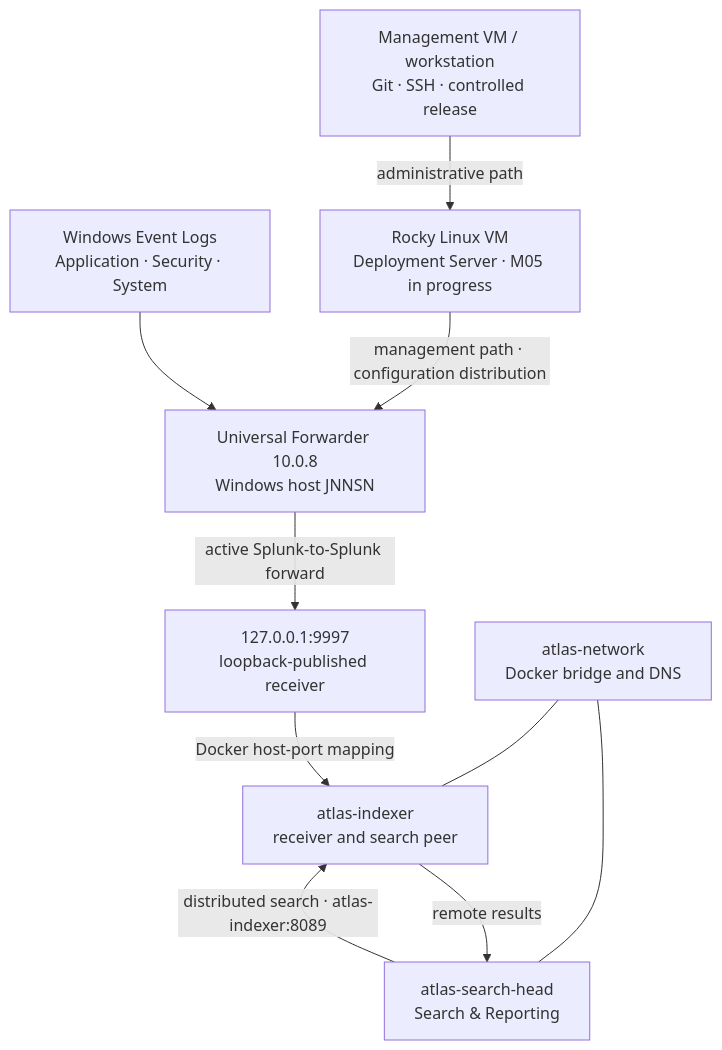
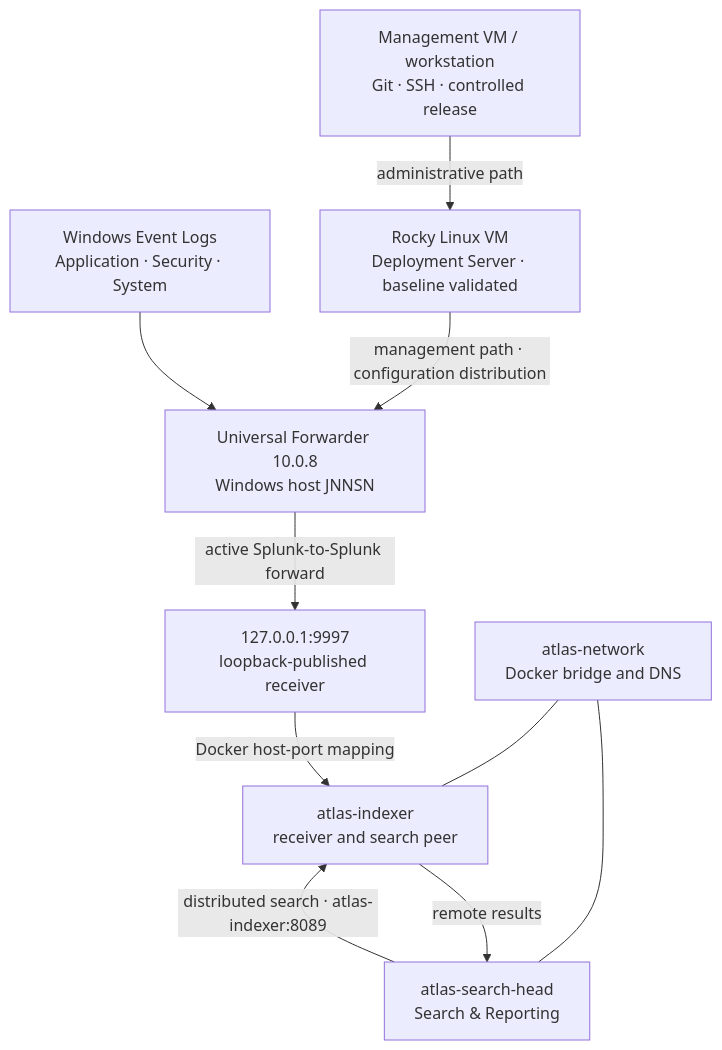
Before and after one commit to jannsenagustin/resumeops: the diagram in docs/architecture.md, drawn with Mermaid. The commit also changed other lines of this file and 10 other files, not shown here.

Commit message:
feat(atlas): establish ATL-003 deployment server baseline

````diff
--- a/docs/architecture.md
+++ b/docs/architecture.md
@@ -11,20 +11,20 @@
 ```mermaid
 flowchart TB
     Logs["Windows Event Logs<br/>Application · Security · System"]
     UF["Universal Forwarder 10.0.8<br/>Windows host JNNSN"]
     Loopback["127.0.0.1:9997<br/>loopback-published receiver"]
     IDX["atlas-indexer<br/>receiver and search peer"]
     SH["atlas-search-head<br/>Search & Reporting"]
     Network["atlas-network<br/>Docker bridge and DNS"]
-    DS["Rocky Linux VM<br/>Deployment Server · M05 in progress"]
+    DS["Rocky Linux VM<br/>Deployment Server · baseline validated"]
     Admin["Management VM / workstation<br/>Git · SSH · controlled release"]
 
     Logs --> UF -->|"active Splunk-to-Splunk forward"| Loopback
     Loopback -->|"Docker host-port mapping"| IDX
     SH -->|"distributed search · atlas-indexer:8089"| IDX
     IDX -->|"remote results"| SH
     Network --- SH
     Network --- IDX
     DS -->|"management path · configuration distribution"| UF
     Admin -->|"administrative path"| DS
 ```
````
